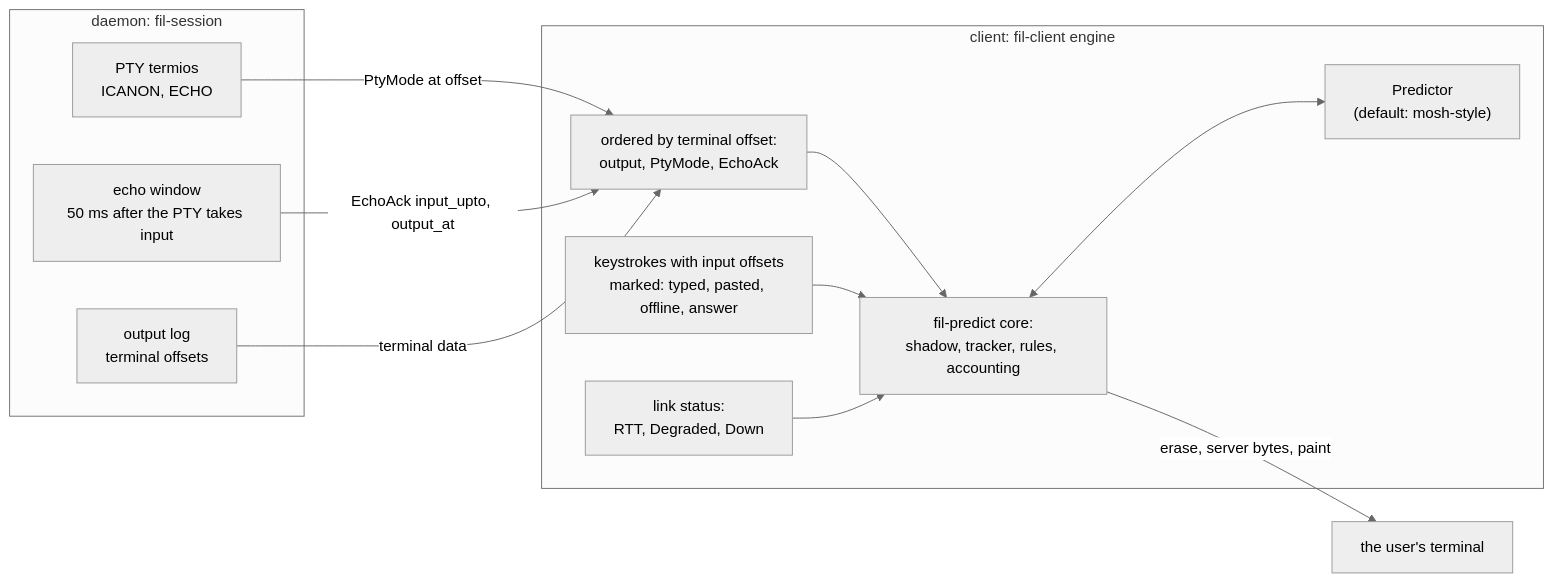
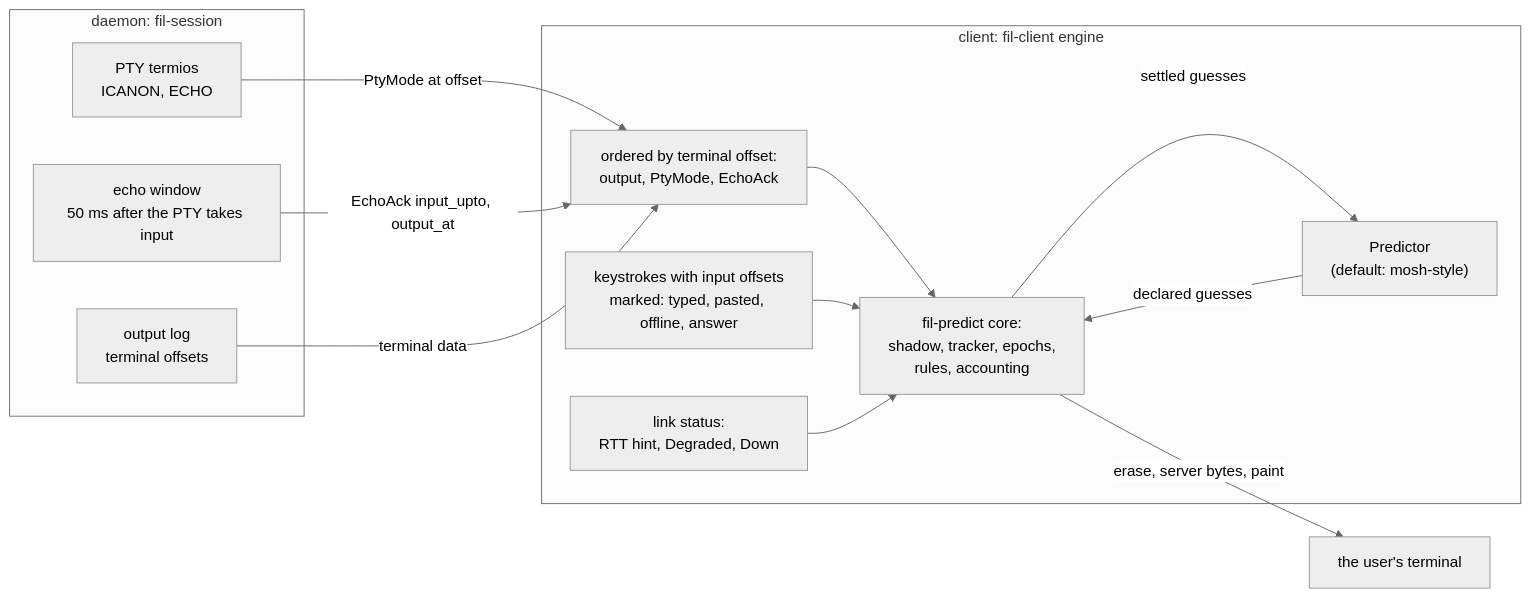
The first of 2 diagrams in docs/m3/plan.md (anthonytw/fil), drawn with Mermaid (neutral theme) before and after one commit. The commit also changed other lines of this file and 1 other file, not shown here.

````diff
--- a/docs/m3/plan.md
+++ b/docs/m3/plan.md
@@ -76,23 +81,24 @@
 ```mermaid
 flowchart LR
   subgraph daemon["daemon: fil-session"]
     pty["PTY termios<br/>ICANON, ECHO"]
     echo["echo window<br/>50 ms after the PTY takes input"]
     log["output log<br/>terminal offsets"]
   end
   subgraph client["client: fil-client engine"]
     order["ordered by terminal offset:<br/>output, PtyMode, EchoAck"]
     keys["keystrokes with input offsets<br/>marked: typed, pasted, offline, answer"]
-    link["link status:<br/>RTT, Degraded, Down"]
-    core["fil-predict core:<br/>shadow, tracker, rules, accounting"]
+    link["link status:<br/>RTT hint, Degraded, Down"]
+    core["fil-predict core:<br/>shadow, tracker, epochs,<br/>rules, accounting"]
     pred["Predictor<br/>(default: mosh-style)"]
   end
   pty -- "PtyMode at offset" --> order
   echo -- "EchoAck input_upto, output_at" --> order
   log -- "terminal data" --> order
   order --> core
   keys --> core
   link --> core
-  core <--> pred
+  pred -- "declared guesses" --> core
+  core -- "settled guesses" --> pred
   core -- "erase, server bytes, paint" --> term["the user's terminal"]
 ```
````
